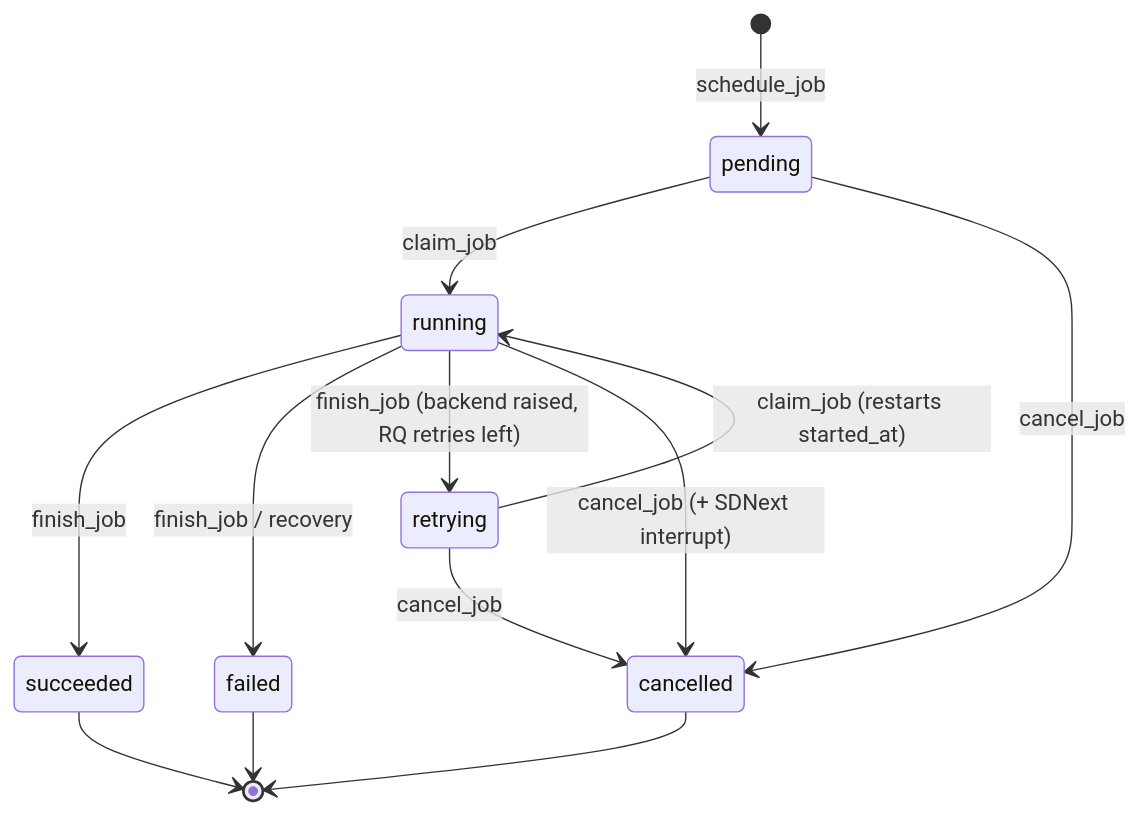
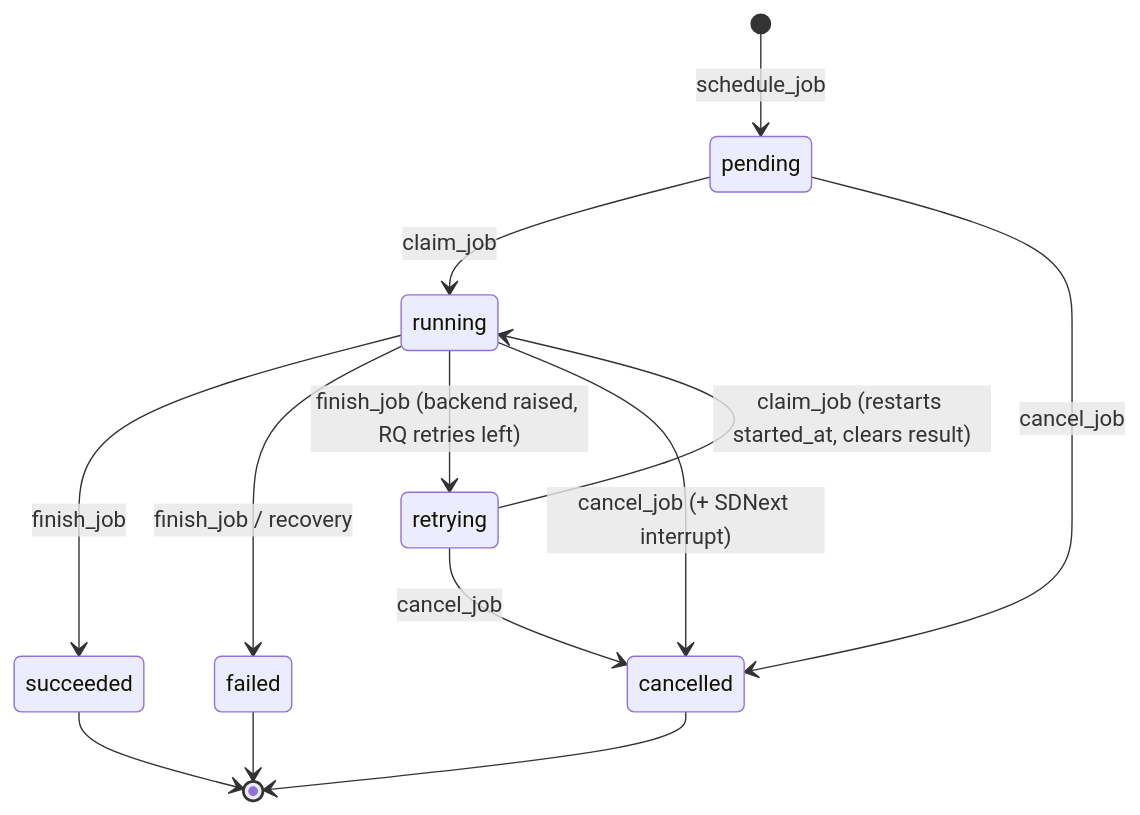
The second of 2 diagrams in docs/wiki/Generation-Pipeline.md (JoseStud/LoraAPIBackend), drawn with Mermaid before and after one commit. The commit also changed other lines of this file and 48 other files, not shown here.

````diff
--- a/docs/wiki/Generation-Pipeline.md
+++ b/docs/wiki/Generation-Pipeline.md
@@ -118,15 +122,15 @@
 ```mermaid
 stateDiagram-v2
     [*] --> pending: schedule_job
     pending --> running: claim_job
-    retrying --> running: claim_job (restarts started_at)
+    retrying --> running: claim_job (restarts started_at, clears result)
     running --> succeeded: finish_job
     running --> failed: finish_job / recovery
     running --> retrying: finish_job (backend raised, RQ retries left)
     pending --> cancelled: cancel_job
     retrying --> cancelled: cancel_job
     running --> cancelled: cancel_job (+ SDNext interrupt)
     succeeded --> [*]
     failed --> [*]
     cancelled --> [*]
 ```
````
